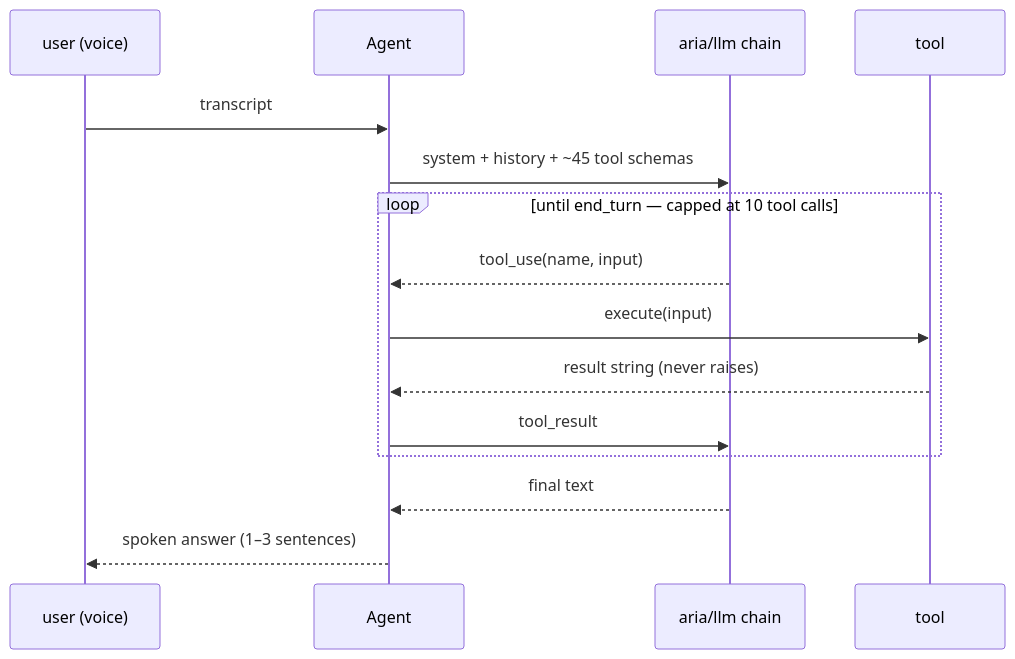
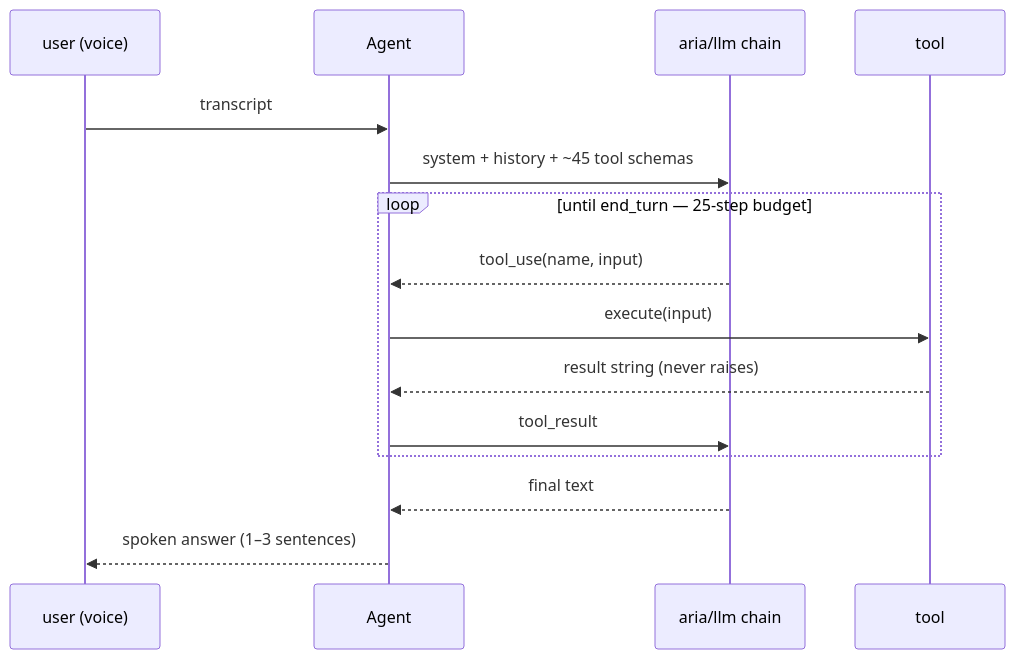
One commit to Bhanu1299/Aria changed the second of 6 diagrams in ARCHITECTURE.md. Above: the diagram before and after it, drawn with Mermaid. The commit also changed other lines of this file and 2 other files, not shown here.

First line of the commit message:
docs: README rewrite with architecture walkthrough and banner

````diff
--- a/ARCHITECTURE.md
+++ b/ARCHITECTURE.md
@@ -67,18 +67,18 @@
 ```mermaid
 sequenceDiagram
     participant U as user (voice)
     participant A as Agent
     participant L as aria/llm chain
     participant T as tool
 
     U->>A: transcript
     A->>L: system + history + ~45 tool schemas
-    loop until end_turn — capped at 10 tool calls
+    loop until end_turn — 25-step budget
         L-->>A: tool_use(name, input)
         A->>T: execute(input)
         T-->>A: result string (never raises)
         A->>L: tool_result
     end
     L-->>A: final text
     A-->>U: spoken answer (1–3 sentences)
 ```
````
